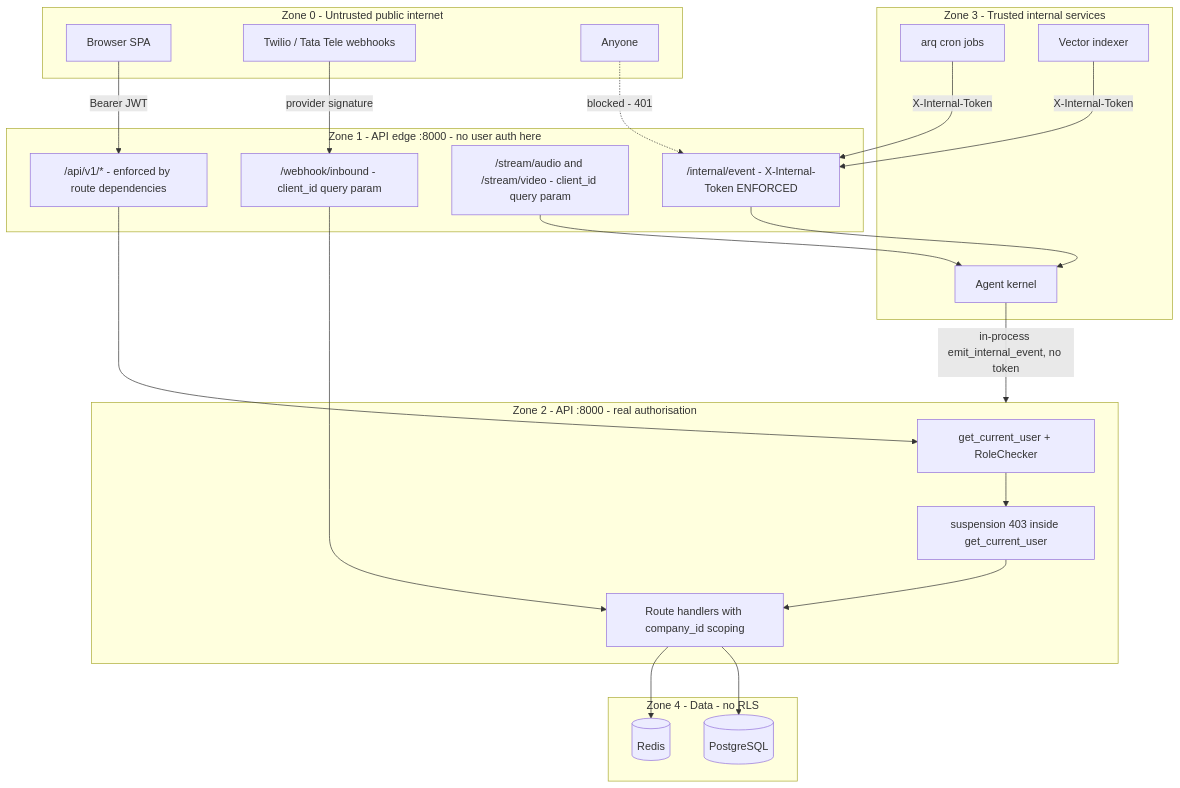
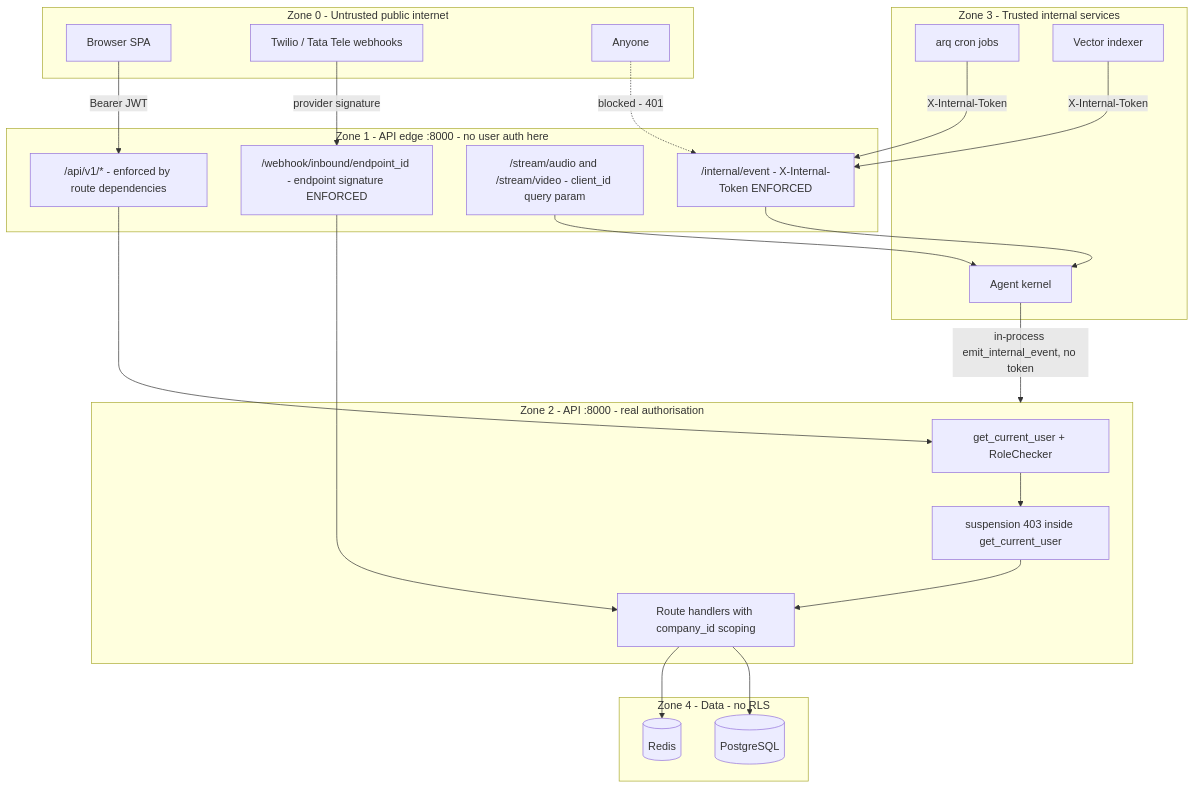
Diagram 14 of 20 in docs/current/04-auth-rbac-tenancy.md (gondolerahul/hire-buddha-app), drawn with Mermaid before and after one commit. The commit also changed other lines of this file and 21 other files, not shown here.

````diff
--- a/docs/current/04-auth-rbac-tenancy.md
+++ b/docs/current/04-auth-rbac-tenancy.md
@@ -1098,45 +1098,45 @@
 ```mermaid
 graph TB
     subgraph UNTRUSTED["Zone 0 - Untrusted public internet"]
         BROWSER["Browser SPA"]
         TELCO["Twilio / Tata Tele webhooks"]
         ATTACKER["Anyone"]
     end
 
     subgraph EDGE["Zone 1 - API edge :8000 - no user auth here"]
         RESTP["/api/v1/* - enforced by route dependencies"]
-        WH["/webhook/inbound - client_id query param"]
+        WH["/webhook/inbound/endpoint_id - endpoint signature ENFORCED"]
         STREAM["/stream/audio and /stream/video - client_id query param"]
         INTEP["/internal/event - X-Internal-Token ENFORCED"]
     end
 
     subgraph APP["Zone 2 - API :8000 - real authorisation"]
         DEPS["get_current_user + RoleChecker"]
         SUSPM["suspension 403 inside get_current_user"]
         HANDLERS["Route handlers with company_id scoping"]
     end
 
     subgraph INTERNAL["Zone 3 - Trusted internal services"]
         CRON["arq cron jobs"]
         VDB["Vector indexer"]
         AGENTS["Agent kernel"]
     end
 
     subgraph DATA["Zone 4 - Data - no RLS"]
         PG[("PostgreSQL")]
         REDIS[("Redis")]
     end
 
     BROWSER -->|"Bearer JWT"| RESTP
     TELCO -->|"provider signature"| WH
     ATTACKER -.->|"blocked - 401"| INTEP
     CRON -->|"X-Internal-Token"| INTEP
     VDB -->|"X-Internal-Token"| INTEP
     AGENTS -->|"in-process emit_internal_event, no token"| APP
 
     RESTP --> DEPS --> SUSPM --> HANDLERS --> PG
     INTEP --> AGENTS
     WH --> HANDLERS
     STREAM --> AGENTS
     HANDLERS --> REDIS
 ```
````
